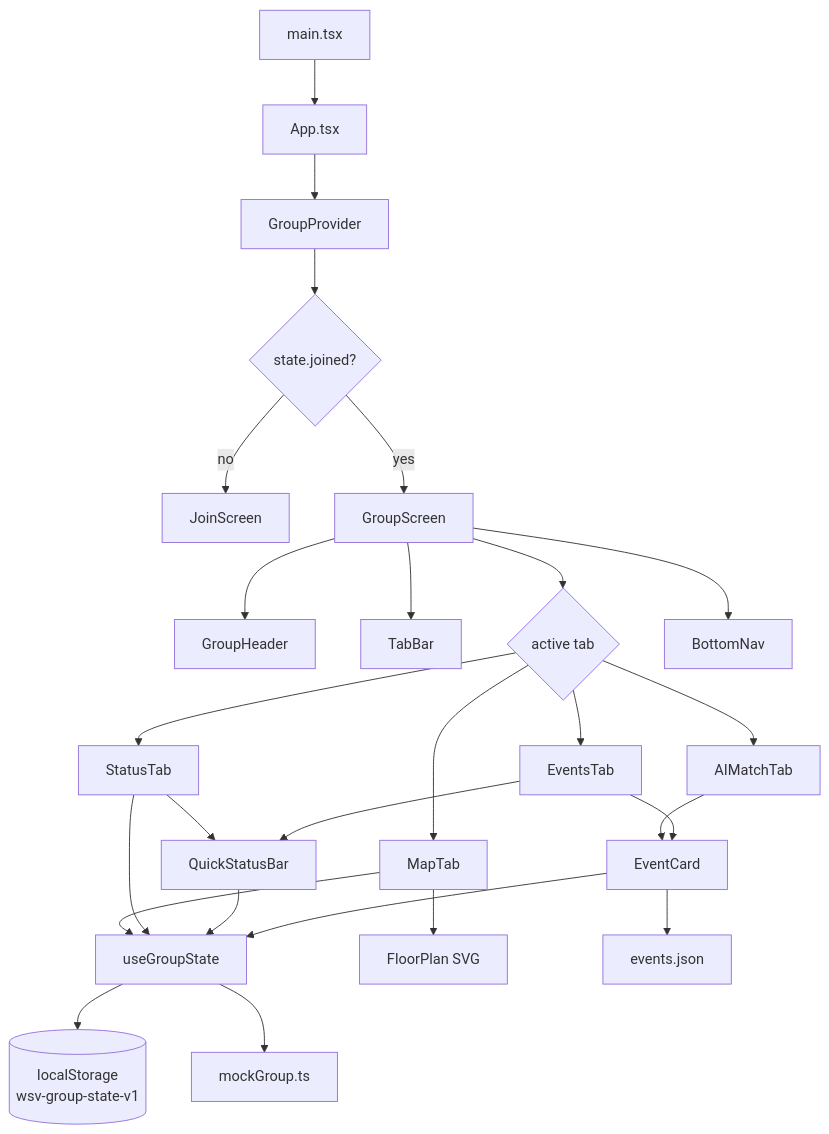
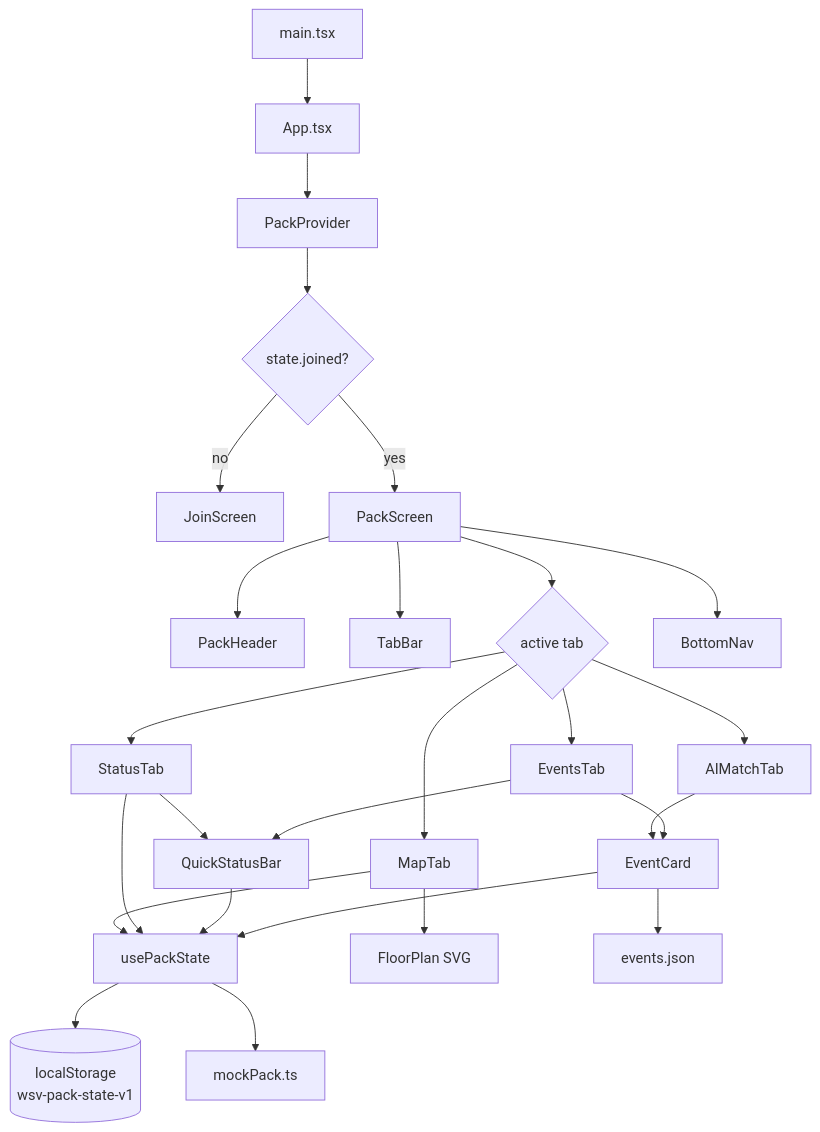
One commit to Toricane/web-summit-hackathon changed the diagram in AGENTS.md. Above: the diagram before and after it, drawn with Mermaid. The commit also changed other lines of this file and 22 other files, not shown here.

Commit message:
ref: replace group with pack branding

````diff
--- a/AGENTS.md
+++ b/AGENTS.md
@@ -29,28 +29,28 @@
 ```mermaid
 flowchart TD
     Main[main.tsx] --> App[App.tsx]
-    App --> Provider[GroupProvider]
+    App --> Provider[PackProvider]
     Provider --> Router{state.joined?}
     Router -->|no| Join[JoinScreen]
-    Router -->|yes| Group[GroupScreen]
-    Group --> Header[GroupHeader]
-    Group --> Tabs[TabBar]
-    Group --> Body{active tab}
-    Group --> Nav[BottomNav]
+    Router -->|yes| Pack[PackScreen]
+    Pack --> Header[PackHeader]
+    Pack --> Tabs[TabBar]
+    Pack --> Body{active tab}
+    Pack --> Nav[BottomNav]
     Body --> Events[EventsTab]
     Body --> Status[StatusTab]
     Body --> Map[MapTab]
     Body --> AI[AIMatchTab]
     Events --> Card[EventCard]
     AI --> Card
     Events --> QSB[QuickStatusBar]
     Status --> QSB
-    Card --> Hook[useGroupState]
+    Card --> Hook[usePackState]
     QSB --> Hook
     Status --> Hook
     Map --> FloorPlan[FloorPlan SVG]
     Map --> Hook
-    Hook --> Storage[(localStorage<br/>wsv-group-state-v1)]
-    Hook --> MockData[mockGroup.ts]
+    Hook --> Storage[(localStorage<br/>wsv-pack-state-v1)]
+    Hook --> MockData[mockPack.ts]
     Card --> EventsData[events.json]
 ```
````
